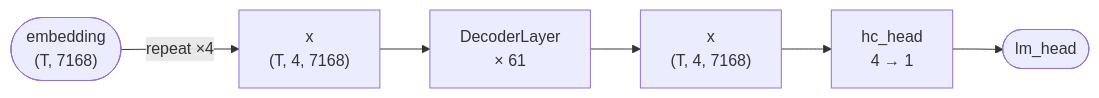
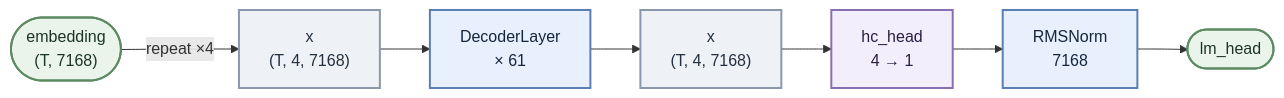
Before and after one commit to GoCHug/vllm-ascend: the fifth of 8 diagrams in vllm_ascend/models/deepseek_v4/dsv4_docs/mhc.md, drawn with Mermaid. The commit also changed other lines of this file, not shown here.

````diff
--- a/vllm_ascend/models/deepseek_v4/dsv4_docs/mhc.md
+++ b/vllm_ascend/models/deepseek_v4/dsv4_docs/mhc.md
@@ -391,8 +452,17 @@
 ```mermaid
 flowchart LR
     E(["embedding<br/>(T, 7168)"]) -->|"repeat ×4"| X0["x<br/>(T, 4, 7168)"]
     X0 --> L["DecoderLayer<br/>× 61"]
     L --> XN["x<br/>(T, 4, 7168)"]
     XN --> H["hc_head<br/>4 → 1"]
-    H --> LM(["lm_head"])
+    H --> N["RMSNorm<br/>7168"]
+    N --> LM(["lm_head"])
+    classDef io fill:#eaf4ea,stroke:#5c8a63,stroke-width:2px,color:#1d3524;
+    classDef stream fill:#eef1f5,stroke:#8b98ab,stroke-width:2px,color:#243040;
+    classDef op fill:#e8f0fe,stroke:#5b7fb5,stroke-width:2px,color:#16273d;
+    classDef gate fill:#f3eefc,stroke:#8a6fb0,stroke-width:2px,color:#2b1f42;
+    class E,LM io;
+    class X0,XN stream;
+    class L,N op;
+    class H gate;
 ```
````
